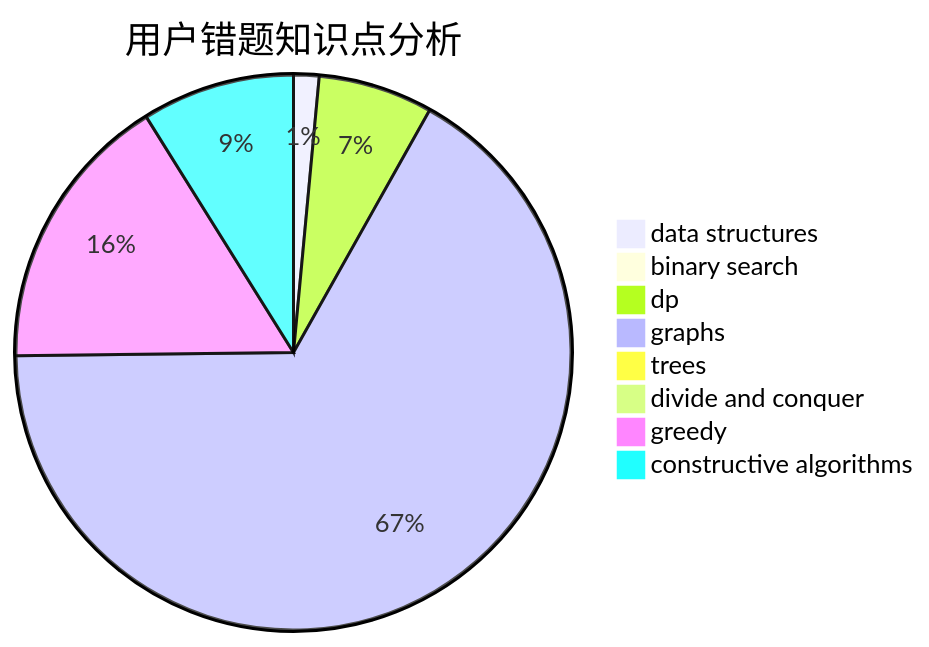
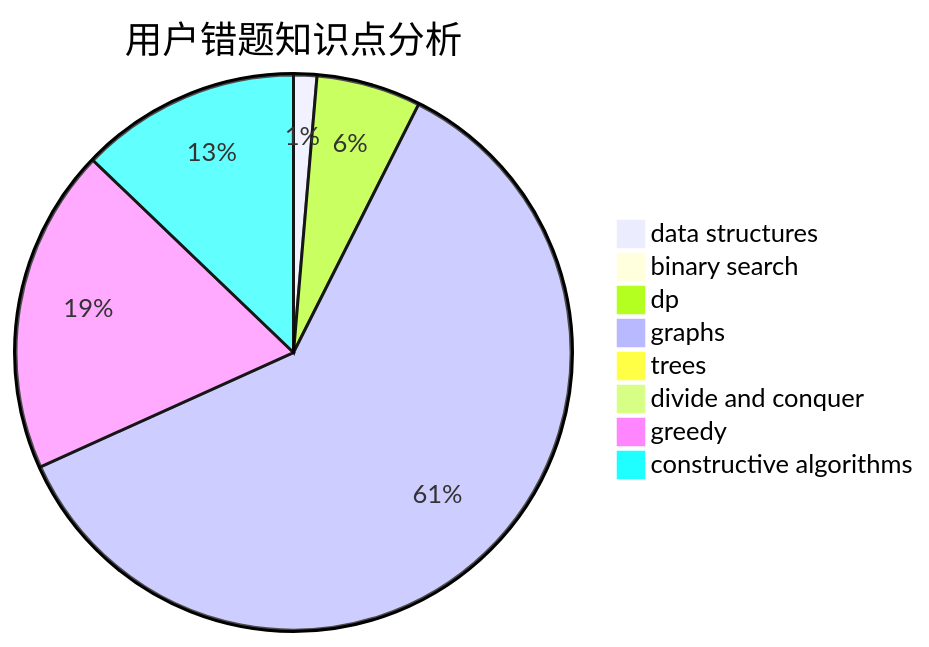
The third of 3 diagrams in docs/user/u673.md (sherpahu/cfrs.github.io), drawn with Mermaid before and after one commit. The commit also changed other lines of this file and 2770 other files, not shown here.

````diff
--- a/docs/user/u673.md
+++ b/docs/user/u673.md
@@ -36,11 +36,11 @@
 ```mermaid
 pie title 用户错题知识点分析
     "data structures" :  2
     "binary search" :  0
     "dp" :  9
     "graphs" :  90
     "trees" :  0
     "divide and conquer" :  0
-    "greedy" :  22
-    "constructive algorithms" :  12
+    "greedy" :  28
+    "constructive algorithms" :  19
 ```
````
